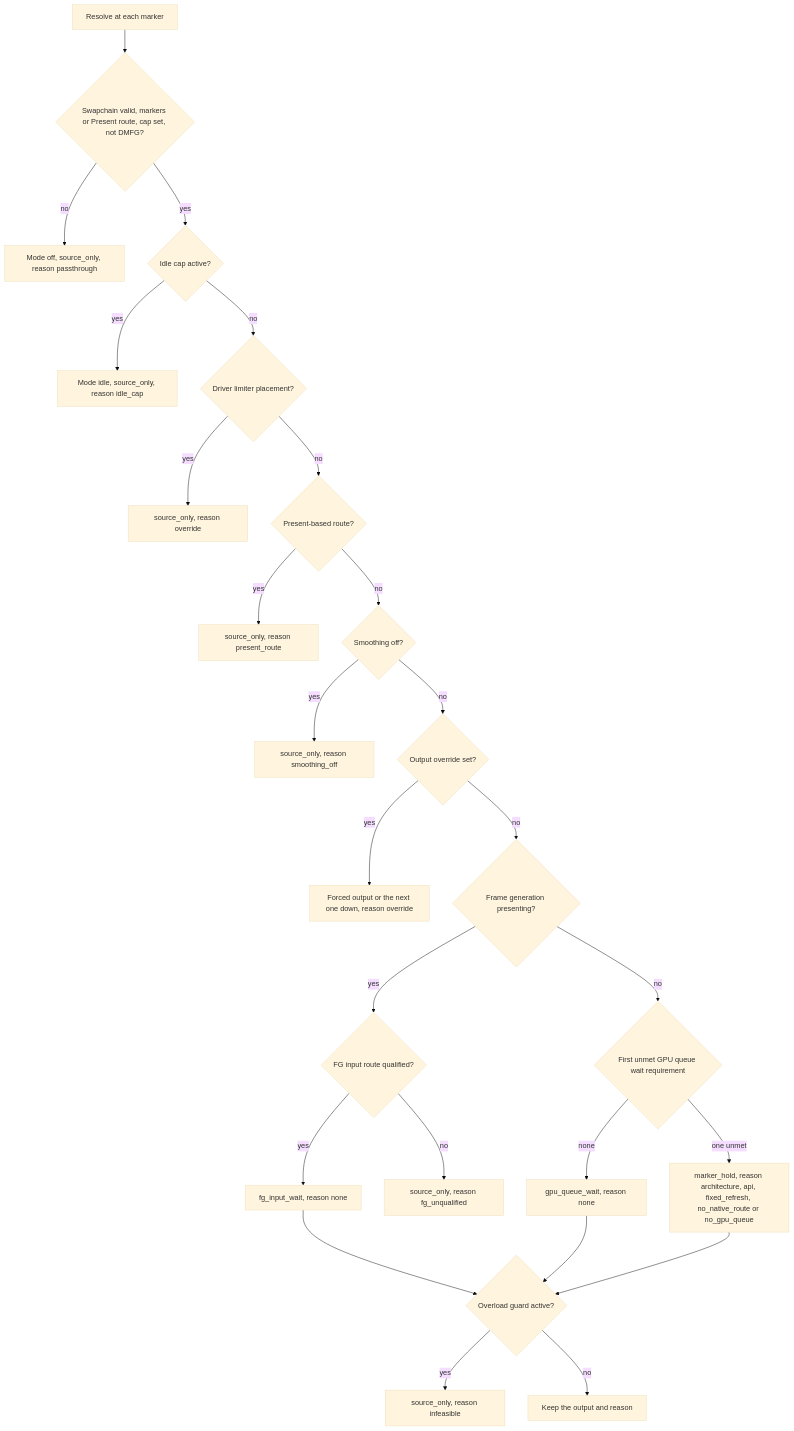
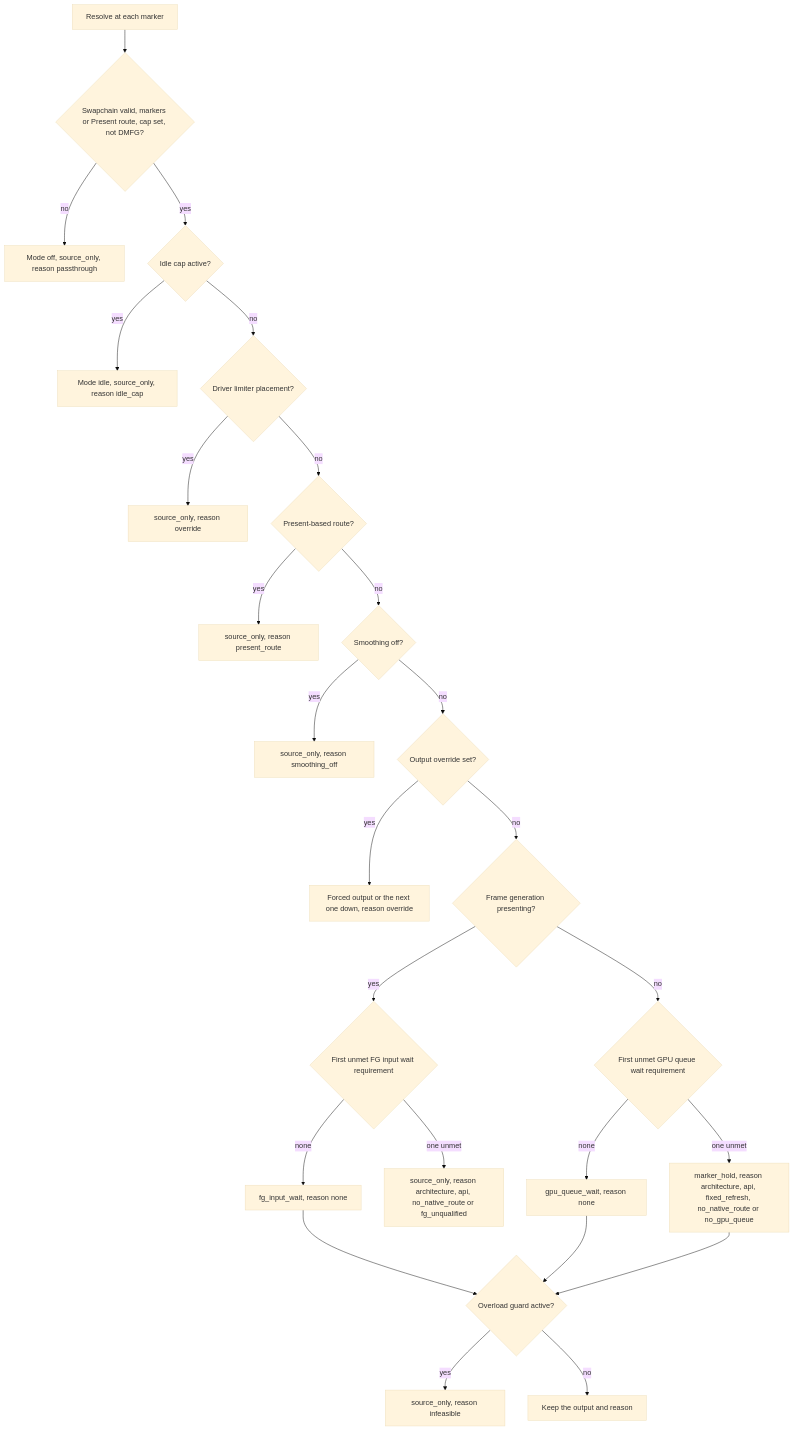
Before and after one commit to RankFTW/ReLimiter: the sixth of 12 diagrams in docs/FRAME_PACING.md, drawn with Mermaid (base theme). The commit also changed other lines of this file and 7 other files, not shown here.

````diff
--- a/docs/FRAME_PACING.md
+++ b/docs/FRAME_PACING.md
@@ -333,27 +333,27 @@
 ```mermaid
 flowchart TD
     A["Resolve at each marker"] --> B{"Swapchain valid, markers or Present route, cap set, not DMFG?"}
     B -->|no| P["Mode off, source_only, reason passthrough"]
     B -->|yes| C{"Idle cap active?"}
     C -->|yes| I["Mode idle, source_only, reason idle_cap"]
     C -->|no| D{"Driver limiter placement?"}
     D -->|yes| O1["source_only, reason override"]
     D -->|no| E{"Present-based route?"}
     E -->|yes| R1["source_only, reason present_route"]
     E -->|no| F{"Smoothing off?"}
     F -->|yes| S1["source_only, reason smoothing_off"]
     F -->|no| G{"Output override set?"}
     G -->|yes| O2["Forced output or the next one down, reason override"]
     G -->|no| H{"Frame generation presenting?"}
-    H -->|yes| H1{"FG input route qualified?"}
-    H1 -->|yes| FG["fg_input_wait, reason none"]
-    H1 -->|no| FU["source_only, reason fg_unqualified"]
+    H -->|yes| H1{"First unmet FG input wait requirement"}
+    H1 -->|none| FG["fg_input_wait, reason none"]
+    H1 -->|one unmet| FU["source_only, reason architecture, api, no_native_route or fg_unqualified"]
     H -->|no| J{"First unmet GPU queue wait requirement"}
     J -->|none| GQ["gpu_queue_wait, reason none"]
     J -->|one unmet| MH["marker_hold, reason architecture, api, fixed_refresh, no_native_route or no_gpu_queue"]
     FG --> K{"Overload guard active?"}
     GQ --> K
     MH --> K
     K -->|yes| DEM["source_only, reason infeasible"]
     K -->|no| KEEP["Keep the output and reason"]
 ```
````
